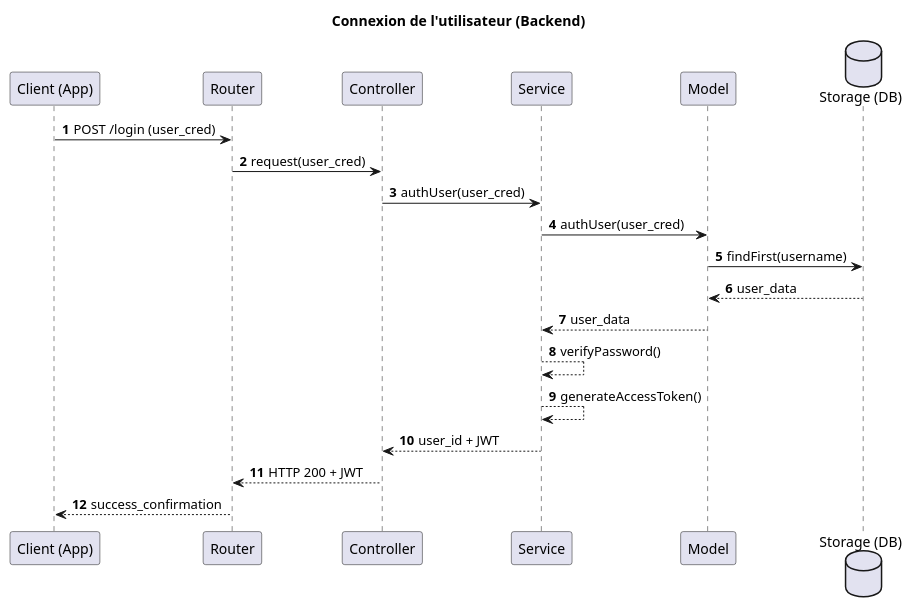
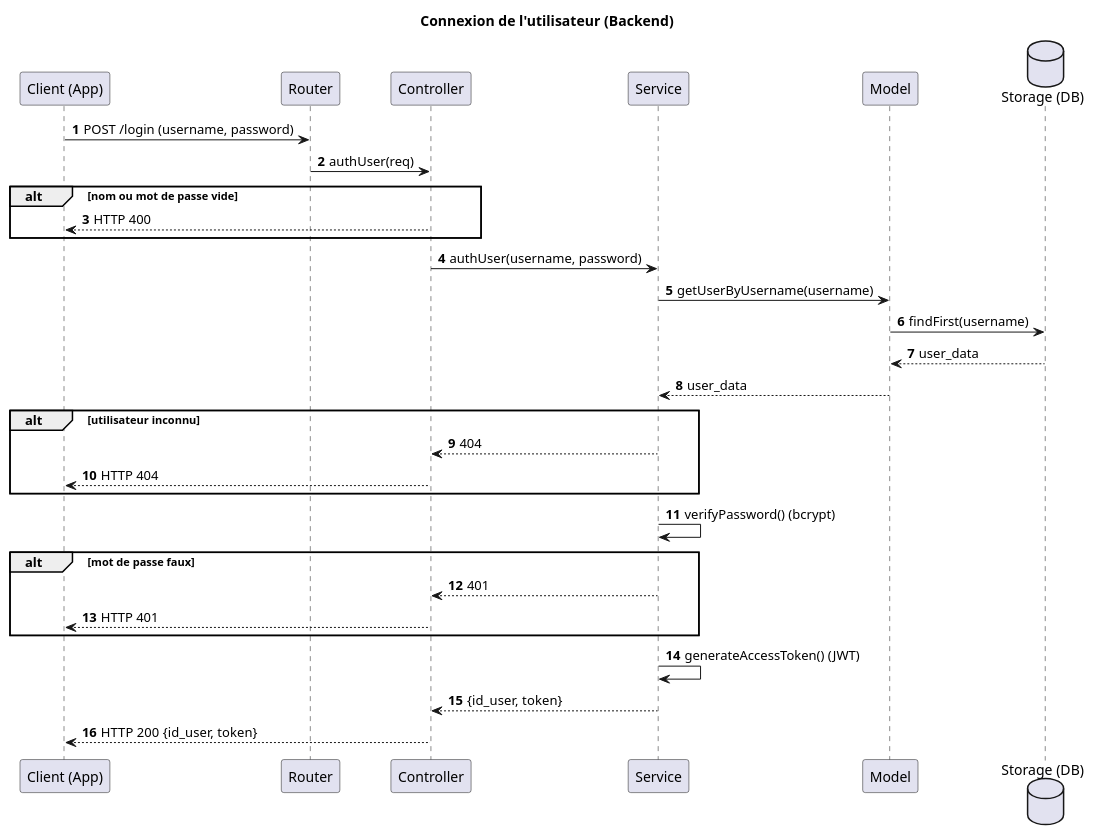
The diagram in docs/UML/login-sequence-diagram.puml (TPI2026-NewsGenerator/NewsGenerator-Backend), drawn with PlantUML before and after one commit. The commit also changed 44 other files, not shown here.

First line of the commit message:
Split the class diagram per feature and draw the sequences of sprint 4

```diff
--- a/docs/UML/login-sequence-diagram.puml
+++ b/docs/UML/login-sequence-diagram.puml
@@ -1,26 +1,35 @@
 @startuml
 title Connexion de l'utilisateur (Backend)
 autonumber
 
 participant "Client (App)" as Client
 participant "Router" as Router
 participant "Controller" as Controller
 participant "Service" as Service
 participant "Model" as Model
 database "Storage (DB)" as Storage
 
-Client -> Router : POST /login (user_cred)
-Router -> Controller : request(user_cred)
-Controller -> Service : authUser(user_cred)
-Service -> Model : authUser(user_cred)
+Client -> Router : POST /login (username, password)
+Router -> Controller : authUser(req)
+alt nom ou mot de passe vide
+    Controller --> Client : HTTP 400
+end
+Controller -> Service : authUser(username, password)
+Service -> Model : getUserByUsername(username)
 Model -> Storage : findFirst(username)
 Storage --> Model : user_data
 Model --> Service : user_data
-Service --> Service : verifyPassword()
-Service --> Service : generateAccessToken()
-Service --> Controller : user_id + JWT
-Controller --> Router : HTTP 200 + JWT
-Router --> Client : success_confirmation
-
+alt utilisateur inconnu
+    Service --> Controller : 404
+    Controller --> Client : HTTP 404
+end
+Service -> Service : verifyPassword() (bcrypt)
+alt mot de passe faux
+    Service --> Controller : 401
+    Controller --> Client : HTTP 401
+end
+Service -> Service : generateAccessToken() (JWT)
+Service --> Controller : {id_user, token}
+Controller --> Client : HTTP 200 {id_user, token}
 
 @enduml
```
